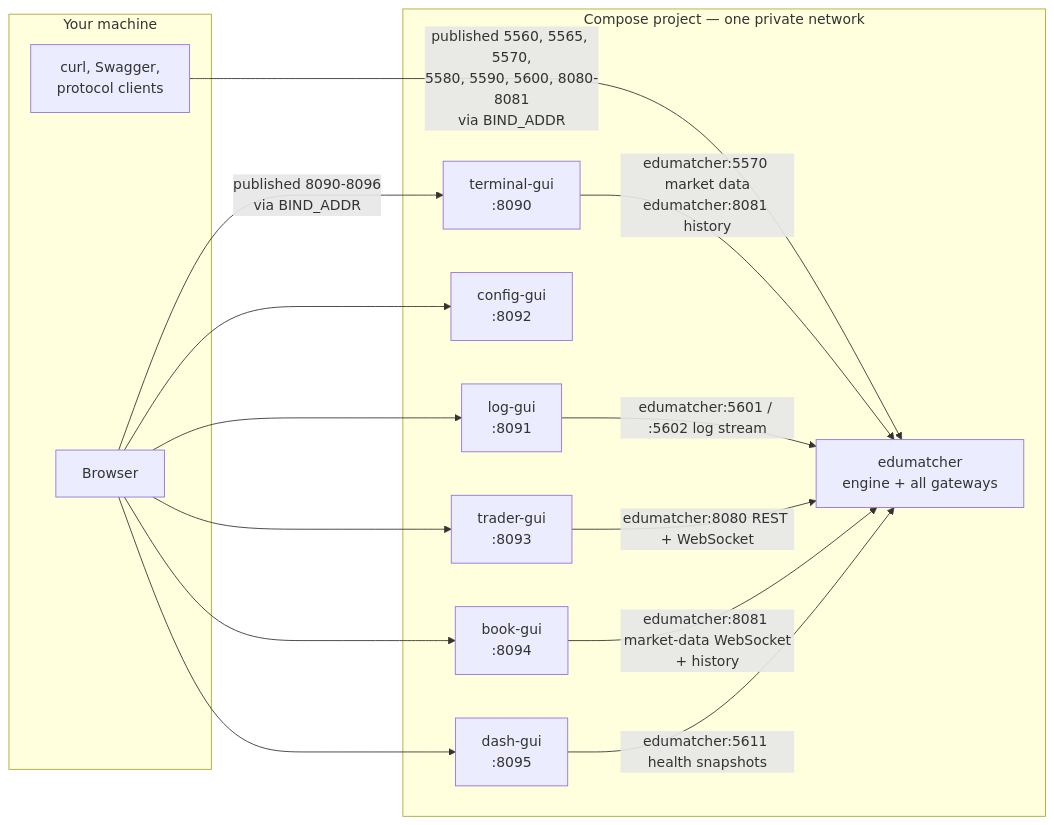
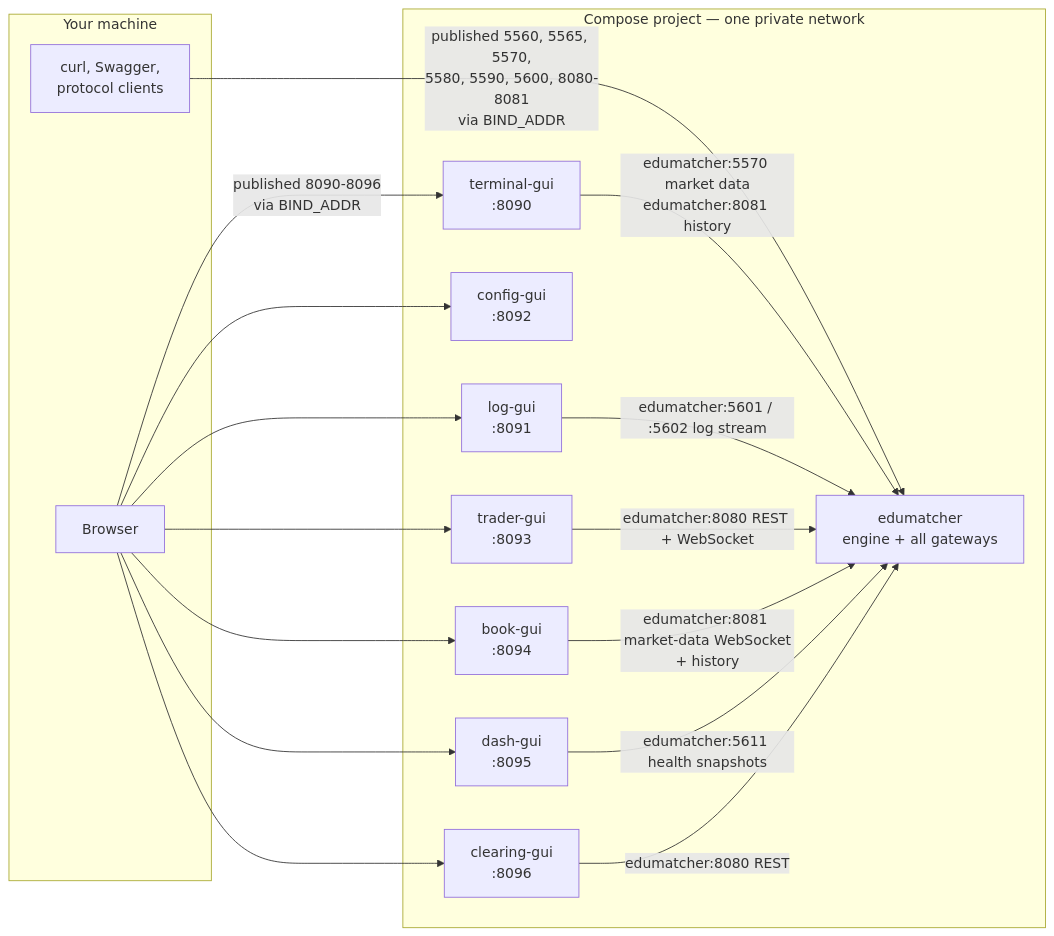
One commit to johan162/EduMatcher changed the first of 3 diagrams in docs/books/operator-guide/part-1-install-and-deploy/010-installation.md. Above: the diagram before and after it, drawn with Mermaid. The commit also changed other lines of this file and 60 other files, not shown here.

````diff
--- a/docs/books/operator-guide/part-1-install-and-deploy/010-installation.md
+++ b/docs/books/operator-guide/part-1-install-and-deploy/010-installation.md
@@ -402,31 +406,34 @@
 ```mermaid
 flowchart LR
     subgraph host["Your machine"]
         BROWSER["Browser"]
         CLIENT["curl, Swagger,\nprotocol clients"]
     end
 
     subgraph project["Compose project — one private network"]
         TERM["terminal-gui\n:8090"]
         LOG["log-gui\n:8091"]
         CFG["config-gui\n:8092"]
         TRD["trader-gui\n:8093"]
         BOOK["book-gui\n:8094"]
         DASH["dash-gui\n:8095"]
+        CLR["clearing-gui\n:8096"]
         BE["edumatcher\nengine + all gateways"]
     end
 
     BROWSER -->|"published 8090-8096\nvia BIND_ADDR"| TERM
     BROWSER --> LOG
     BROWSER --> CFG
     BROWSER --> TRD
     BROWSER --> BOOK
     BROWSER --> DASH
+    BROWSER --> CLR
     CLIENT -->|"published 5560, 5565, 5570,\n5580, 5590, 5600, 8080-8081\nvia BIND_ADDR"| BE
 
     TERM -->|"edumatcher:5570 market data\nedumatcher:8081 history"| BE
     LOG -->|"edumatcher:5601 / :5602 log stream"| BE
     TRD -->|"edumatcher:8080 REST + WebSocket"| BE
     BOOK -->|"edumatcher:8081 market-data WebSocket\n+ history"| BE
     DASH -->|"edumatcher:5611 health snapshots"| BE
+    CLR -->|"edumatcher:8080 REST"| BE
 ```
````
